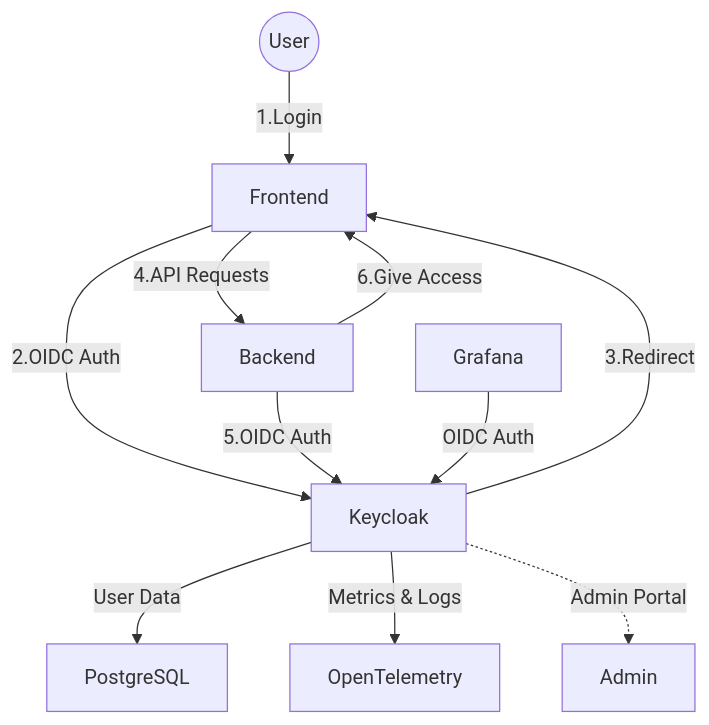
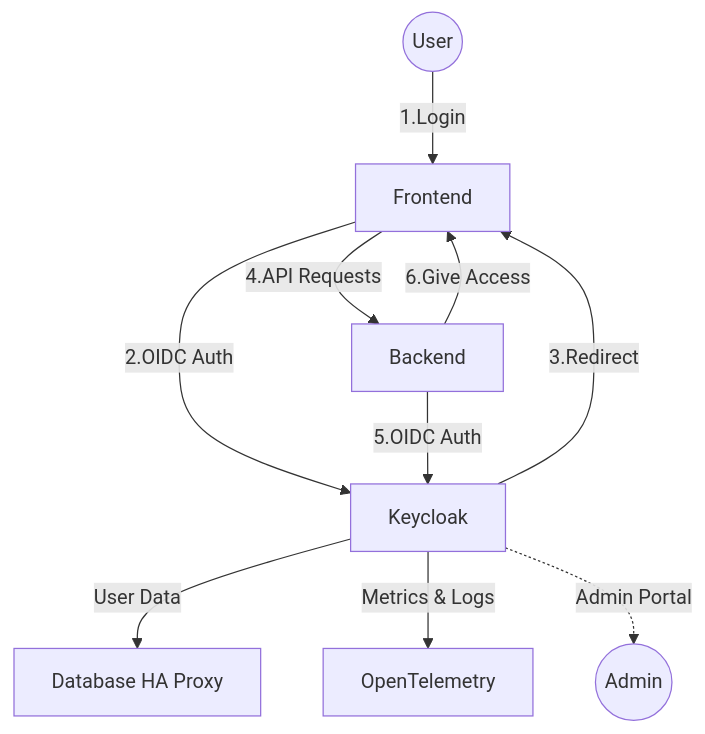
Before and after one commit to danialmd81/Code-Star-Project: the third of 8 diagrams in diagrams/services-diageam.md, drawn with Mermaid. The commit also changed other lines of this file and 2 other files, not shown here.

Commit message:
Refactor service diagrams for improved clarity and update OTLP receiver configuration in OpenTelemetry Collector

````diff
--- a/diagrams/services-diageam.md
+++ b/diagrams/services-diageam.md
@@ -46,14 +46,21 @@
 ```mermaid
 graph TD
-  User((User)) -->|1.Login| Frontend[Frontend]
-  Frontend -->|2.OIDC Auth| Keycloak[Keycloak]
-  Keycloak -->|3.Redirect| Frontend
-  Frontend -->|4.API Requests| Backend[Backend]
-  Backend -->|5.OIDC Auth| Keycloak
-  Backend -->|6.Give Access| Frontend
+  user((User))
+  admin((Admin))
+  frontend[Frontend] 
+  backend[Backend]
+  keycloak[Keycloak]
+  opentelemetry[OpenTelemetry]
+  database[Database HA Proxy]
 
-  Grafana[Grafana] -->|OIDC Auth| Keycloak
-  Keycloak -->|User Data| PostgreSQL[PostgreSQL]
-  Keycloak -->|Metrics & Logs| OpenTelemetry[OpenTelemetry]
-  Keycloak -.->|Admin Portal| Admin[Admin]
+  user -->|1.Login| frontend
+  frontend -->|2.OIDC Auth| keycloak
+  keycloak -->|3.Redirect| frontend
+  frontend -->|4.API Requests| backend
+  backend -->|5.OIDC Auth| keycloak
+  backend -->|6.Give Access| frontend
+
+  keycloak -->|User Data| database
+  keycloak -->|Metrics & Logs| opentelemetry
+  keycloak -.->|Admin Portal| admin
 ```
````
